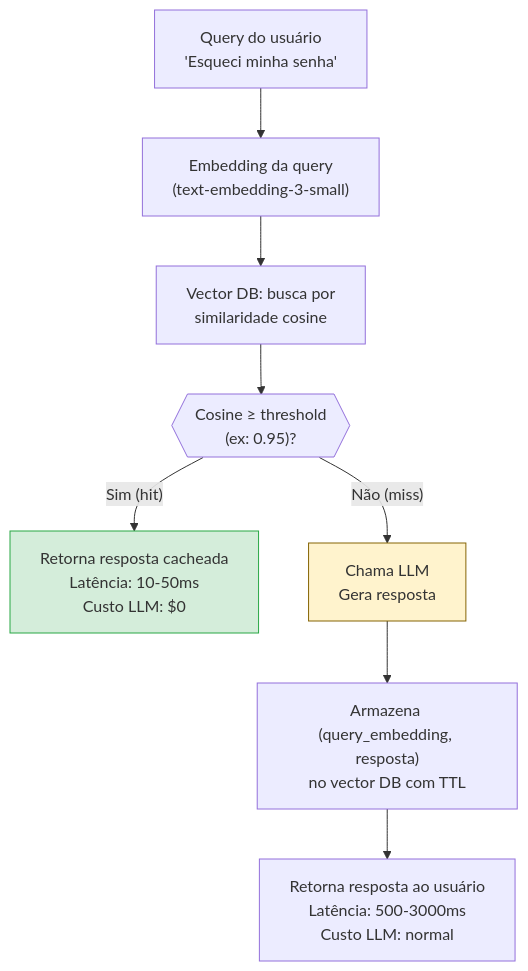
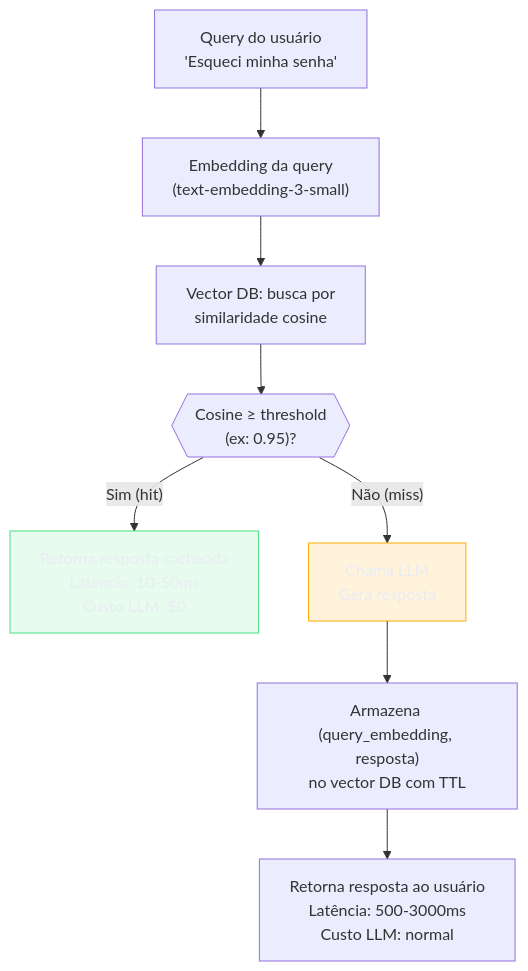
Before and after one commit to josenaldo/codex-technomanticus: the diagram in 03-Dominios/Tecnologia/IA/Economia de Tokens/11 - Semantic caching.md, drawn with Mermaid. The commit also changed 1181 other files, not shown here.

First line of the commit message:
fix(diagramas): paleta do sistema no lugar de cor cravada no markdown

````diff
--- a/03-Dominios/Tecnologia/IA/Economia de Tokens/11 - Semantic caching.md
+++ b/03-Dominios/Tecnologia/IA/Economia de Tokens/11 - Semantic caching.md
@@ -56,13 +56,15 @@
 ```mermaid
 flowchart TD
+    classDef ok fill:#4ADE8021,stroke:#4ADE80,color:#E9ECF2
+    classDef destaque fill:#FFAA0024,stroke:#FFAA00,color:#E9ECF2
     A["Query do usuário\n'Esqueci minha senha'"] --> B["Embedding da query\n(text-embedding-3-small)"]
     B --> C["Vector DB: busca por\nsimilaridade cosine"]
     C --> D{{"Cosine ≥ threshold\n(ex: 0.95)?"}}
     D -- "Sim (hit)" --> E["Retorna resposta cacheada\nLatência: 10-50ms\nCusto LLM: $0"]
     D -- "Não (miss)" --> F["Chama LLM\nGera resposta"]
     F --> G["Armazena (query_embedding, resposta)\nno vector DB com TTL"]
     G --> H["Retorna resposta ao usuário\nLatência: 500-3000ms\nCusto LLM: normal"]
 
-    style E fill:#d4edda,stroke:#28a745
-    style F fill:#fff3cd,stroke:#856404
+    class E ok
+    class F destaque
 ```
````
